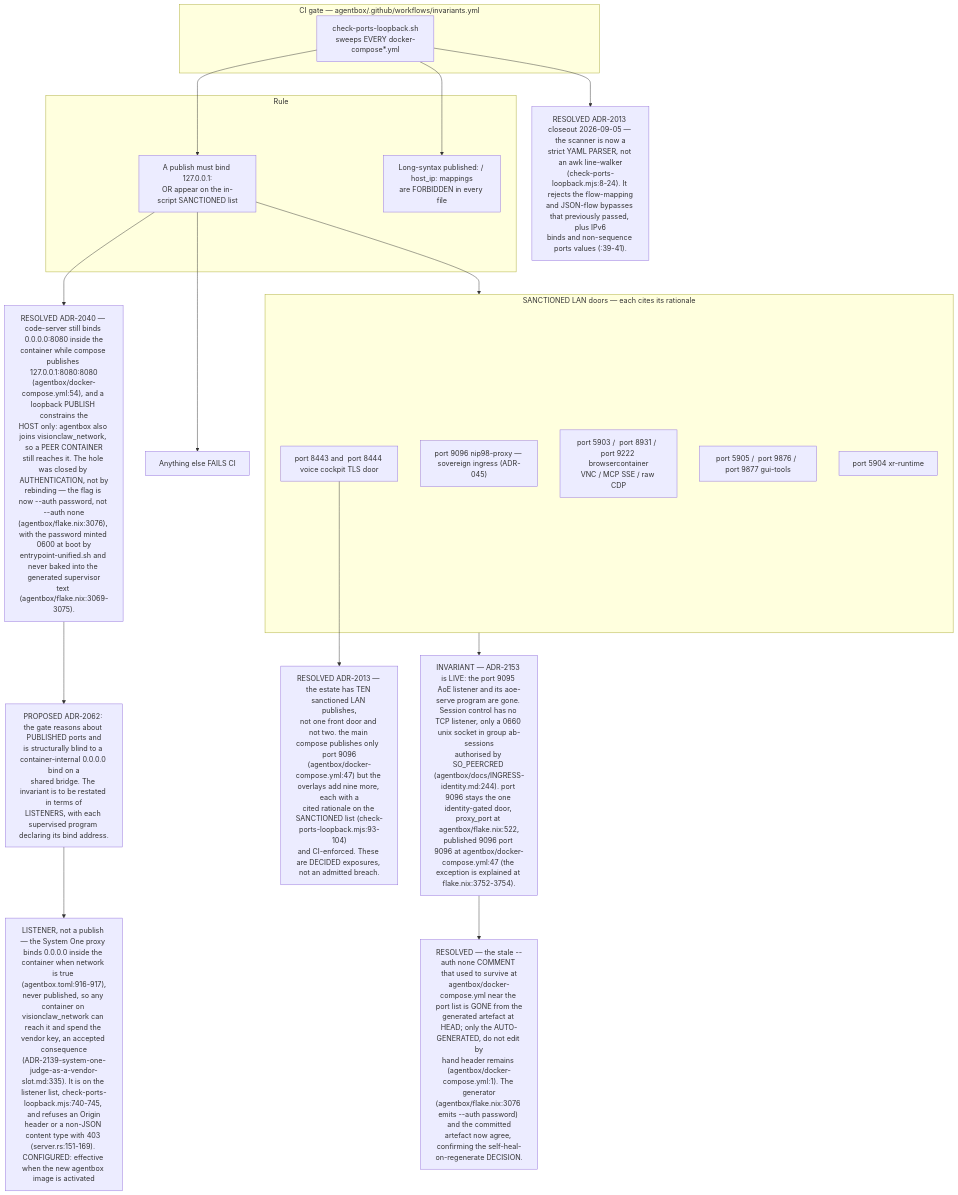
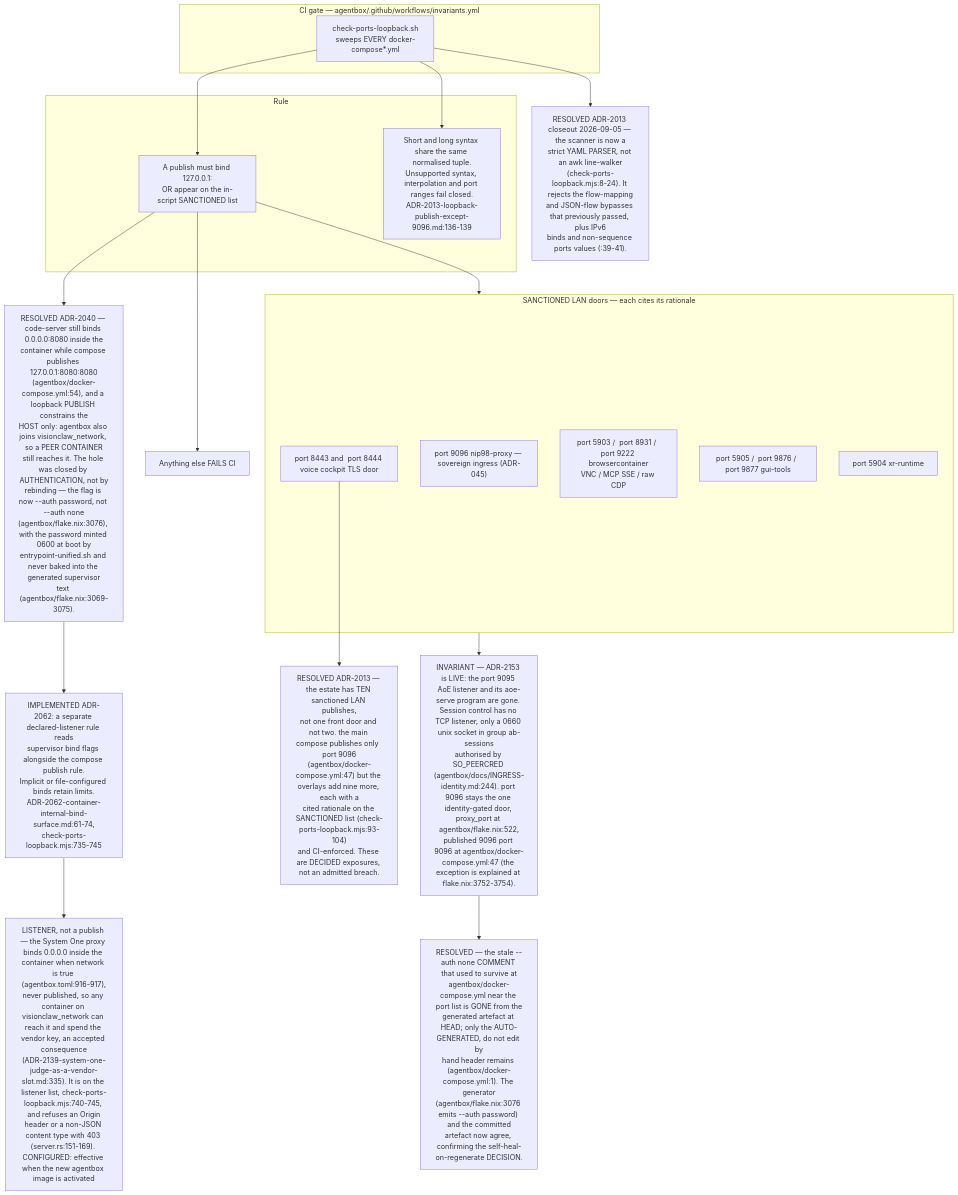
Before and after one commit to DreamLab-AI/VisionFlow: the eighth of 11 diagrams in docs/diagrams/estate/10-deployment-and-security-profiles.md, drawn with Mermaid. The commit also changed other lines of this file and 4 other files, not shown here.

````diff
--- a/docs/diagrams/estate/10-deployment-and-security-profiles.md
+++ b/docs/diagrams/estate/10-deployment-and-security-profiles.md
@@ -330,38 +331,38 @@
 ```mermaid
 flowchart TB
     subgraph ci["CI gate — agentbox/.github/workflows/invariants.yml"]
         SC["check-ports-loopback.sh<br/>sweeps EVERY docker-compose*.yml"]
     end
     subgraph rule["Rule"]
         R1["A publish must bind 127.0.0.1:<br/>OR appear on the in-script SANCTIONED list"]
-        R2["Long-syntax published: / host_ip: mappings<br/>are FORBIDDEN in every file"]
+        R2["Short and long syntax share the same normalised tuple.<br/>Unsupported syntax, interpolation and port ranges fail closed.<br/>ADR-2013-loopback-publish-except-9096.md:136-139"]
     end
     subgraph sanctioned["SANCTIONED LAN doors — each cites its rationale"]
         P1[" port 9096 nip98-proxy — sovereign ingress (ADR-045)"]
         P2[" port 8443 and  port 8444 voice cockpit TLS door"]
         P3[" port 5903 /  port 8931 /  port 9222 browsercontainer<br/>VNC / MCP SSE / raw CDP"]
         P4[" port 5905 /  port 9876 /  port 9877 gui-tools"]
         P5[" port 5904 xr-runtime"]
     end
     FAIL["Anything else FAILS CI"]
     INV["INVARIANT — ADR-2153 is LIVE: the port 9095 AoE listener and its aoe-serve program are gone. Session control has no TCP listener, only a 0660 unix socket in group ab-sessions<br/>authorised by SO_PEERCRED (agentbox/docs/INGRESS-identity.md:244). port 9096 stays the one identity-gated door, proxy_port at agentbox/flake.nix:522,<br/>published 9096 port 9096 at agentbox/docker-compose.yml:47 (the exception is explained at flake.nix:3752-3754)."]
     D1["RESOLVED ADR-2013 — the estate has TEN sanctioned LAN publishes,<br/>not one front door and not two. the main compose publishes only  port 9096<br/>(agentbox/docker-compose.yml:47) but the overlays add nine more, each with a<br/>cited rationale on the SANCTIONED list (check-ports-loopback.mjs:93-104)<br/>and CI-enforced. These are DECIDED exposures, not an admitted breach."]
     D2["RESOLVED ADR-2013 closeout 2026-09-05 — the scanner is now a<br/>strict YAML PARSER, not an awk line-walker<br/>(check-ports-loopback.mjs:8-24). It rejects the flow-mapping<br/>and JSON-flow bypasses that previously passed, plus IPv6<br/>binds and non-sequence ports values (:39-41)."]
     D3["RESOLVED ADR-2040 — code-server still binds 0.0.0.0:8080 inside the<br/>container while compose publishes 127.0.0.1:8080:8080<br/>(agentbox/docker-compose.yml:54), and a loopback PUBLISH constrains the<br/>HOST only: agentbox also joins visionclaw_network, so a PEER CONTAINER<br/>still reaches it. The hole was closed by AUTHENTICATION, not by<br/>rebinding — the flag is now --auth password, not --auth none<br/>(agentbox/flake.nix:3076), with the password minted 0600 at boot by<br/>entrypoint-unified.sh and never baked into the generated supervisor<br/>text (agentbox/flake.nix:3069-3075)."]
-    D5["PROPOSED ADR-2062: the gate reasons about PUBLISHED ports and<br/>is structurally blind to a container-internal 0.0.0.0 bind on a<br/>shared bridge. The invariant is to be restated in terms of<br/>LISTENERS, with each supervised program declaring its bind address."]
+    D5["IMPLEMENTED ADR-2062: a separate declared-listener rule reads<br/>supervisor bind flags alongside the compose publish rule.<br/>Implicit or file-configured binds retain limits.<br/>ADR-2062-container-internal-bind-surface.md:61-74,<br/>check-ports-loopback.mjs:735-745"]
     D4["RESOLVED — the stale --auth none COMMENT that used to survive at<br/>agentbox/docker-compose.yml near the port list is GONE from the<br/>generated artefact at HEAD; only the AUTO-GENERATED, do not edit by<br/>hand header remains (agentbox/docker-compose.yml:1). The generator<br/>(agentbox/flake.nix:3076 emits --auth password) and the committed<br/>artefact now agree, confirming the self-heal-on-regenerate DECISION."]
 
     D6["LISTENER, not a publish — the System One proxy binds 0.0.0.0 inside the container when network is true (agentbox.toml:916-917),<br/>never published, so any container on visionclaw_network can reach it and spend the vendor key, an accepted consequence<br/>(ADR-2139-system-one-judge-as-a-vendor-slot.md:335). It is on the listener list, check-ports-loopback.mjs:740-745, and refuses an Origin<br/>header or a non-JSON content type with 403 (server.rs:151-169). CONFIGURED: effective when the new agentbox image is activated"]
 
     SC --> R1
     SC --> R2
     R1 --> sanctioned
     R1 --> FAIL
     sanctioned --> INV
     P2 --> D1
     SC --> D2
     R1 --> D3
     INV --> D4
     D3 --> D5
     D5 --> D6
 ```
````
